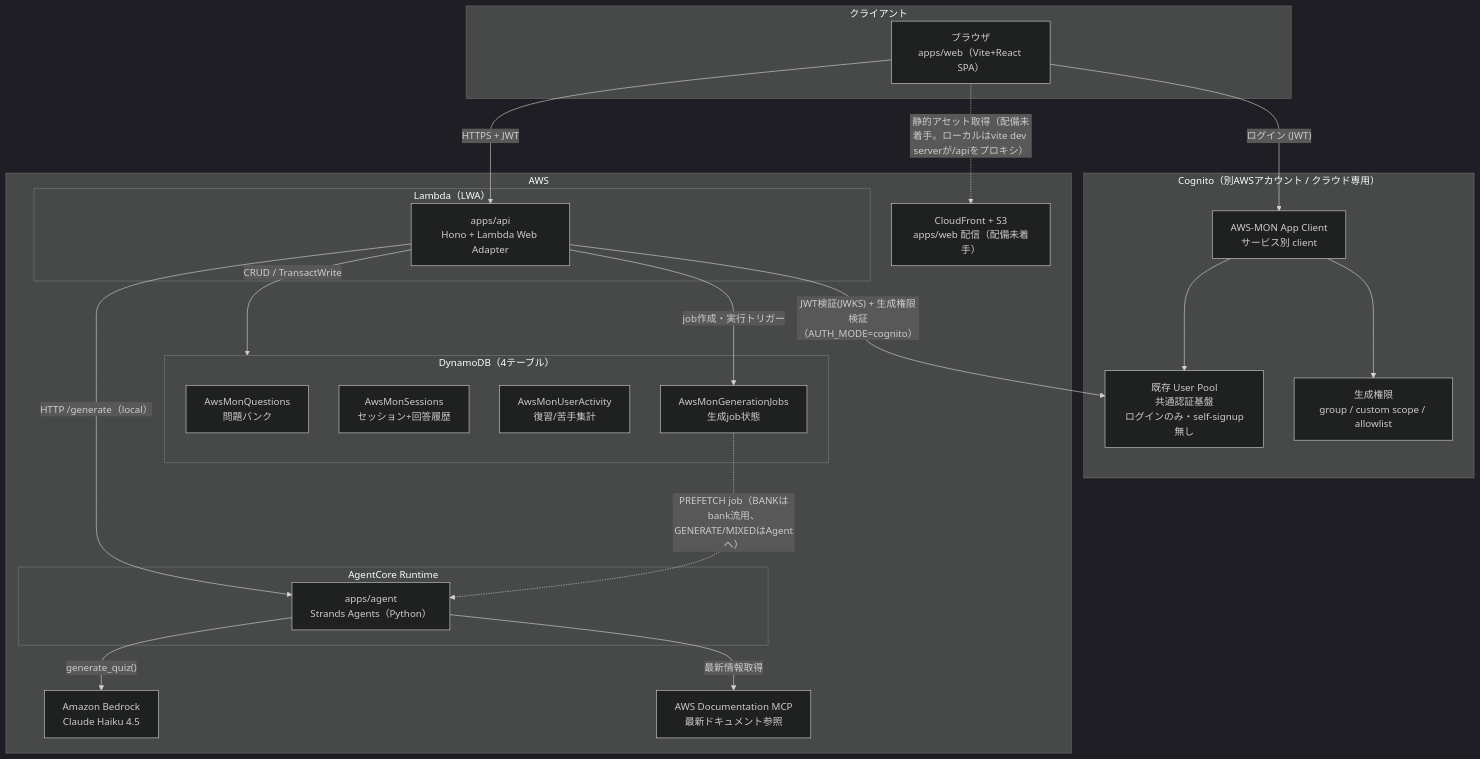
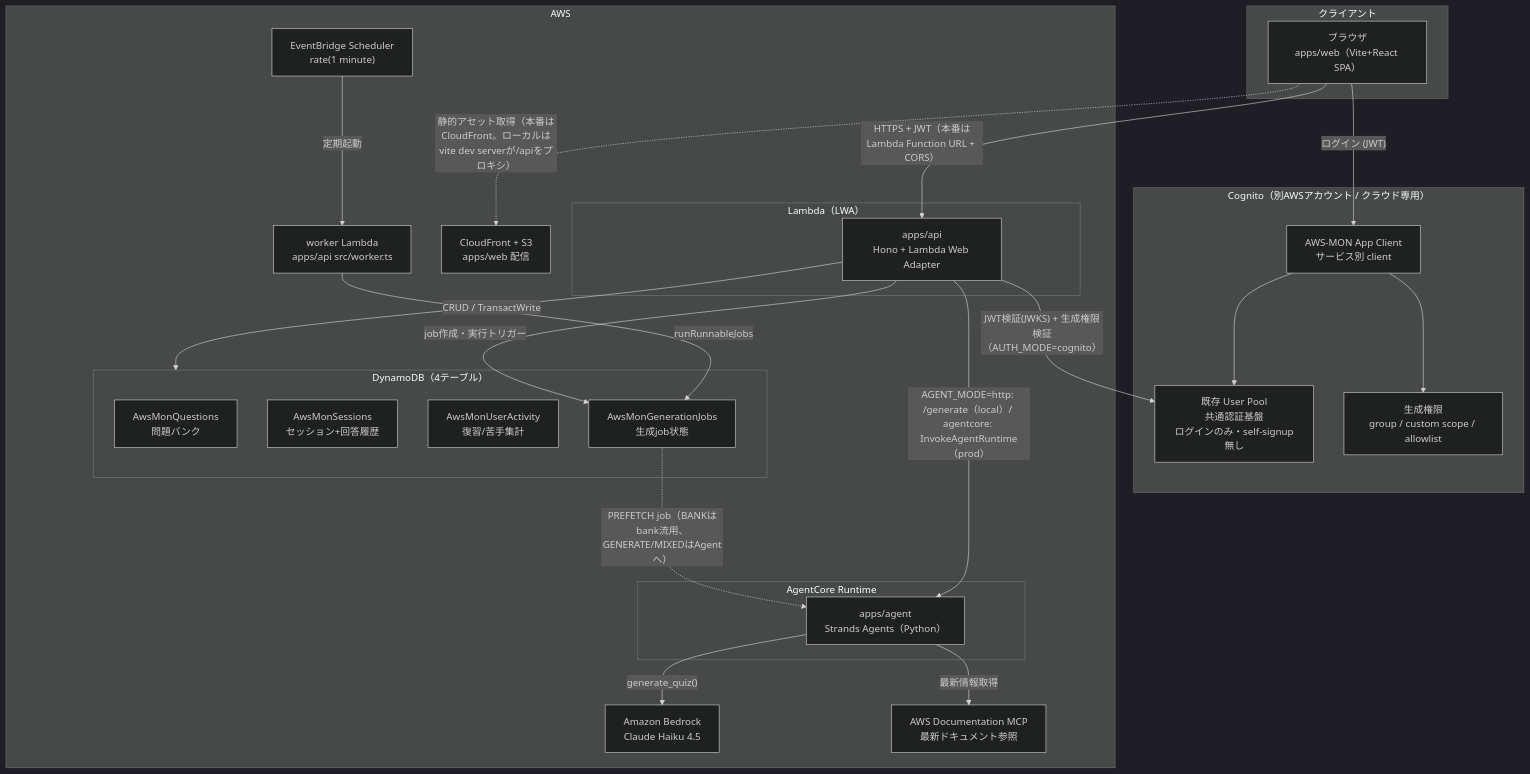
The first of 4 diagrams in docs/architecture.md (yuyumama/AWS-MON), drawn with Mermaid (dark theme) before and after one commit. The commit also changed other lines of this file and 28 other files, not shown here.

First line of the commit message:
feat: フェーズ4 prodデプロイ実装(Terraform prodスタック/AgentCore Runtime/appデプロイworkflow)

````diff
--- a/docs/architecture.md
+++ b/docs/architecture.md
@@ -9,50 +9,54 @@
 ```mermaid
 flowchart TB
     subgraph Client["クライアント"]
         Browser["ブラウザ<br/>apps/web（Vite+React SPA）"]
     end
 
     subgraph Cognito["Cognito（別AWSアカウント / クラウド専用）"]
         UserPool["既存 User Pool<br/>共通認証基盤<br/>ログインのみ・self-signup無し"]
         AppClient["AWS-MON App Client<br/>サービス別 client"]
         Scopes["生成権限<br/>group / custom scope / allowlist"]
     end
 
     subgraph AWS["AWS"]
         subgraph LambdaAPI["Lambda（LWA）"]
             API["apps/api<br/>Hono + Lambda Web Adapter"]
         end
 
         subgraph AgentCoreRuntime["AgentCore Runtime"]
             Agent["apps/agent<br/>Strands Agents（Python）"]
         end
 
         Bedrock["Amazon Bedrock<br/>Claude Haiku 4.5"]
         MCP["AWS Documentation MCP<br/>最新ドキュメント参照"]
 
         subgraph DDB["DynamoDB（4テーブル）"]
             TQuestions["AwsMonQuestions<br/>問題バンク"]
             TSessions["AwsMonSessions<br/>セッション+回答履歴"]
             TActivity["AwsMonUserActivity<br/>復習/苦手集計"]
             TJobs["AwsMonGenerationJobs<br/>生成job状態"]
         end
 
-        CFS3["CloudFront + S3<br/>apps/web 配信（配備未着手）"]
+        CFS3["CloudFront + S3<br/>apps/web 配信"]
+        Scheduler["EventBridge Scheduler<br/>rate(1 minute)"]
+        Worker["worker Lambda<br/>apps/api src/worker.ts"]
     end
 
     Browser -- "ログイン (JWT)" --> AppClient
     AppClient --> UserPool
     AppClient --> Scopes
-    Browser -- "HTTPS + JWT" --> API
-    Browser -. "静的アセット取得（配備未着手。ローカルはvite dev serverが/apiをプロキシ）" .-> CFS3
+    Browser -- "HTTPS + JWT（本番はLambda Function URL + CORS）" --> API
+    Browser -. "静的アセット取得（本番はCloudFront。ローカルはvite dev serverが/apiをプロキシ）" .-> CFS3
+    Scheduler -- "定期起動" --> Worker
+    Worker -- "runRunnableJobs" --> TJobs
 
     API -- "JWT検証(JWKS) + 生成権限検証（AUTH_MODE=cognito）" --> UserPool
     API -- "CRUD / TransactWrite" --> DDB
     API -- "job作成・実行トリガー" --> TJobs
 
     Agent -- "generate_quiz()" --> Bedrock
     Agent -- "最新情報取得" --> MCP
-    API -- "HTTP /generate（local）" --> Agent
+    API -- "AGENT_MODE=http: /generate（local）/ agentcore: InvokeAgentRuntime（prod）" --> Agent
 
     TJobs -. "PREFETCH job（BANKはbank流用、GENERATE/MIXEDはAgentへ）" .-> Agent
 ```
````
